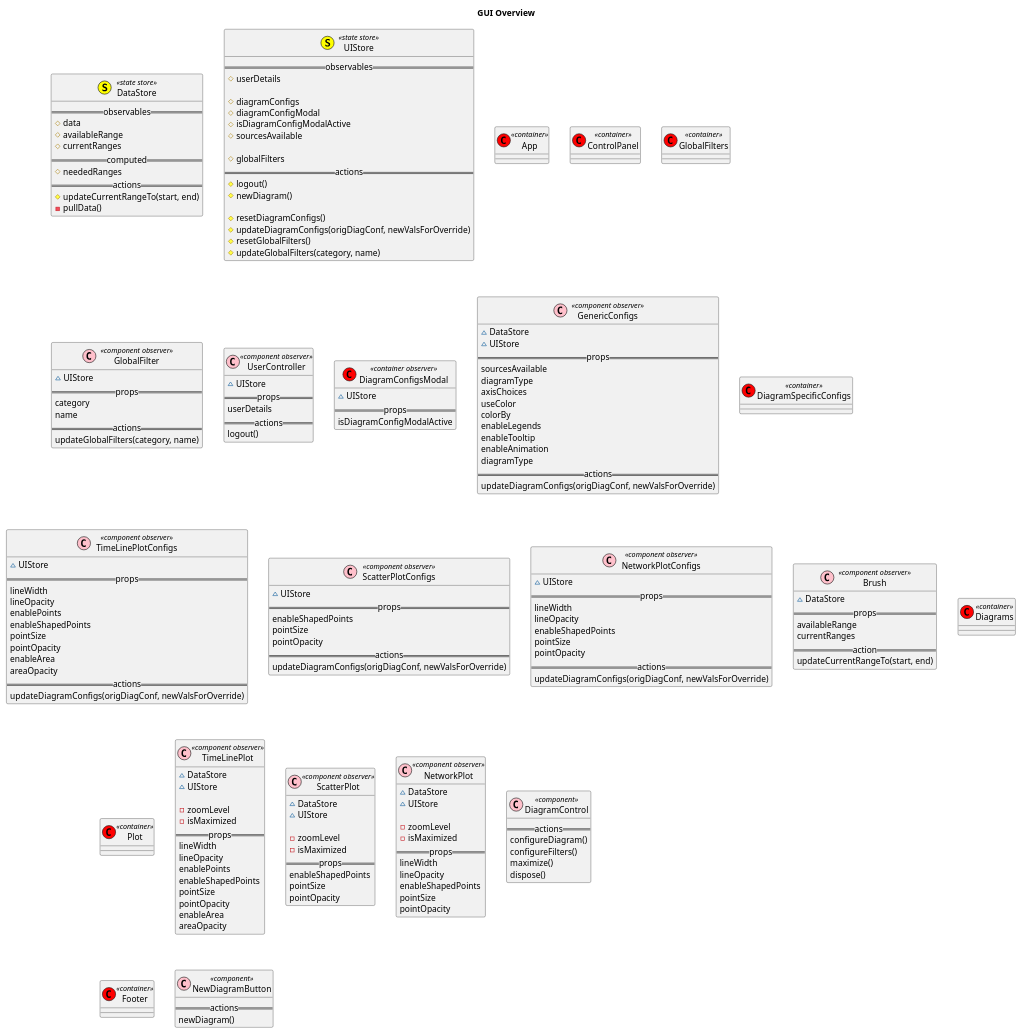
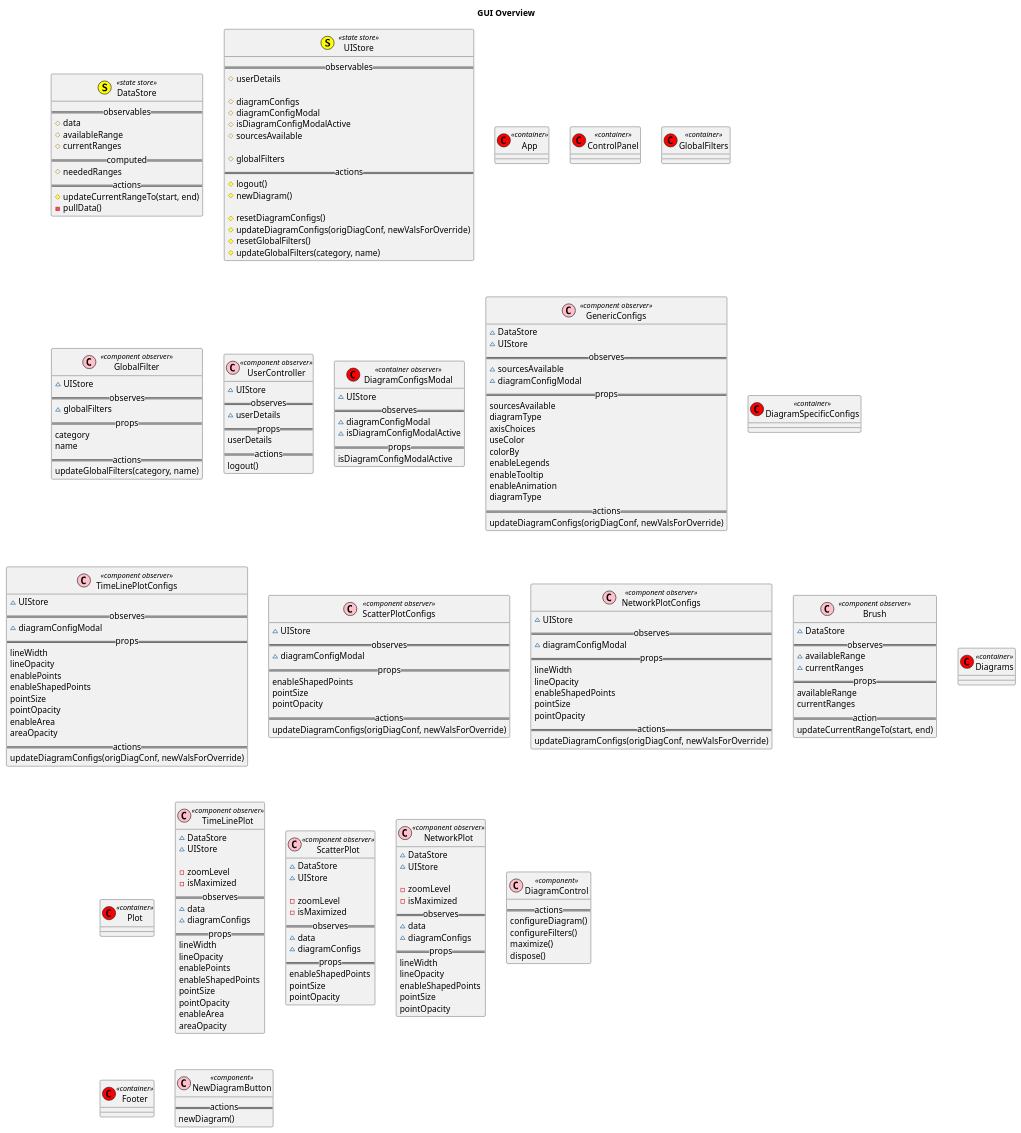
One commit to hexrcs/frontend-demo changed the diagram in docs/diagrams/src/overview.wsd. Above: the diagram before and after it, drawn with PlantUML.

Commit message:
Add "observes"

```diff
--- a/docs/diagrams/src/overview.wsd
+++ b/docs/diagrams/src/overview.wsd
@@ -26,7 +26,7 @@
   ==actions==
   # logout()
   # newDiagram()
-  
+
   # resetDiagramConfigs()
   # updateDiagramConfigs(origDiagConf, newValsForOverride)
   # resetGlobalFilters()
@@ -44,6 +44,8 @@
 
 class GlobalFilter << (C,pink) component observer >> {
   ~ UIStore
+  ==observes==
+  ~ globalFilters
   ==props==
   category
   name
@@ -53,6 +55,8 @@
 
 class UserController << (C,pink) component observer >> {
   ~ UIStore
+  ==observes==
+  ~ userDetails
   ==props==
   userDetails
   ==actions==
@@ -61,6 +65,9 @@
 
 class DiagramConfigsModal << (C,red) container observer >> {
   ~ UIStore
+  ==observes==
+  ~ diagramConfigModal
+  ~ isDiagramConfigModalActive
   ==props==
   isDiagramConfigModalActive
 }
@@ -68,6 +75,9 @@
 class GenericConfigs << (C,pink) component observer >> {
   ~ DataStore
   ~ UIStore
+  ==observes==
+  ~ sourcesAvailable
+  ~ diagramConfigModal
   ==props==
   sourcesAvailable
   diagramType
@@ -87,6 +97,8 @@
 
 class TimeLinePlotConfigs  << (C,pink) component observer >> {
   ~ UIStore
+  ==observes==
+  ~ diagramConfigModal
   ==props==
   lineWidth
   lineOpacity
@@ -102,6 +114,8 @@
 
 class ScatterPlotConfigs  << (C,pink) component observer >> {
   ~ UIStore
+  ==observes==
+  ~ diagramConfigModal
   ==props==
   enableShapedPoints
   pointSize
@@ -112,6 +126,8 @@
 
 class NetworkPlotConfigs  << (C,pink) component observer >> {
   ~ UIStore
+  ==observes==
+  ~ diagramConfigModal
   ==props==
   lineWidth
   lineOpacity
@@ -124,6 +140,9 @@
 
 class Brush << (C,pink) component observer >> {
   ~ DataStore
+  ==observes==
+  ~ availableRange
+  ~ currentRanges
   ==props==
   availableRange
   currentRanges
@@ -143,6 +162,9 @@
 
   - zoomLevel
   - isMaximized
+  ==observes==
+  ~ data
+  ~ diagramConfigs
   ==props==
   lineWidth
   lineOpacity
@@ -160,6 +182,9 @@
 
   - zoomLevel
   - isMaximized
+  ==observes==
+  ~ data
+  ~ diagramConfigs
   ==props==
   enableShapedPoints
   pointSize
@@ -172,6 +197,9 @@
 
   - zoomLevel
   - isMaximized
+  ==observes==
+  ~ data
+  ~ diagramConfigs
   ==props==
   lineWidth
   lineOpacity
@@ -195,4 +223,5 @@
   ==actions==
   newDiagram()
 }
+
 @enduml
```
